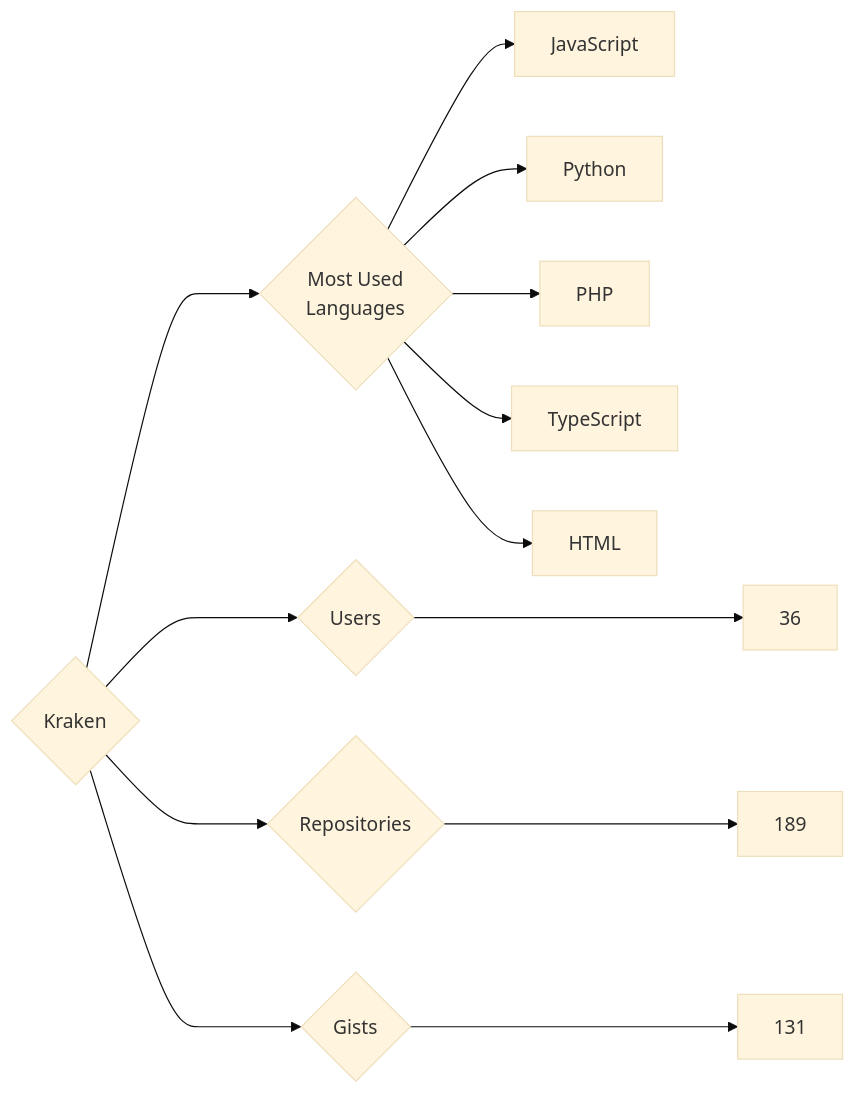
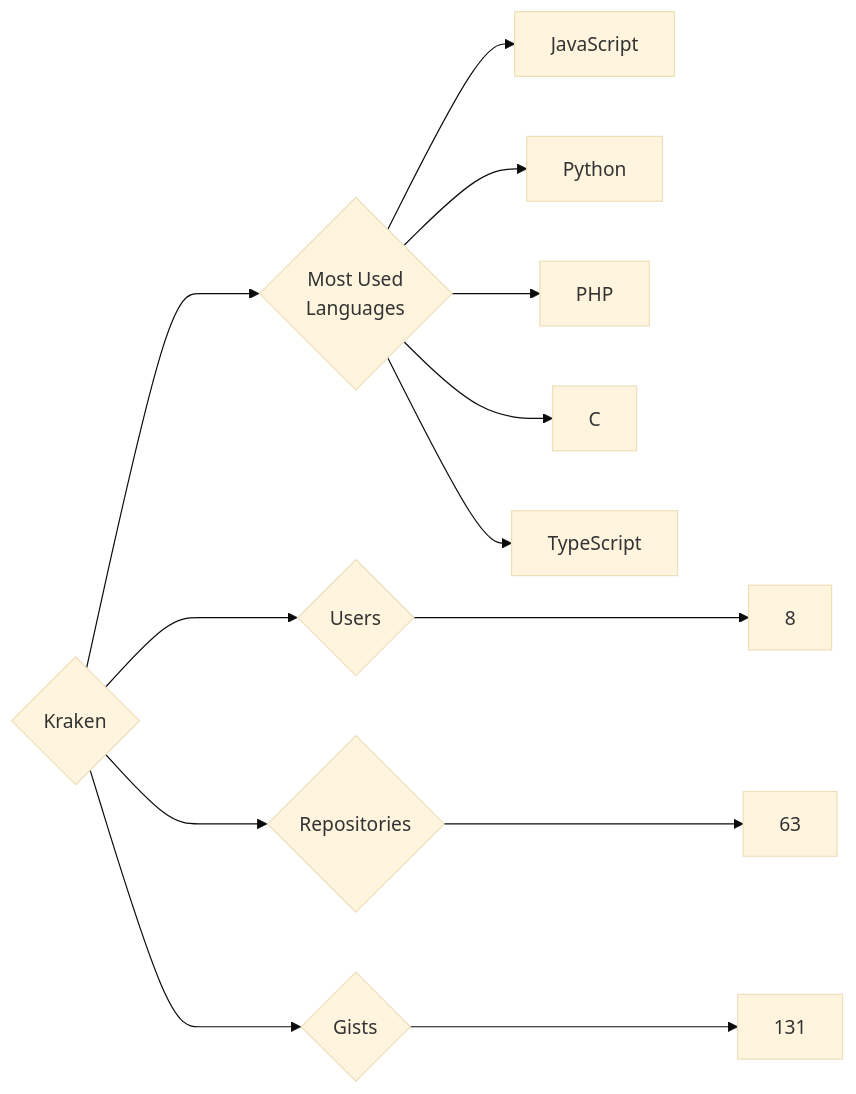
Before and after one commit to trickest/insiders: the diagram in targets/Kraken/README.md, drawn with Mermaid (base theme). The commit also changed 874 other files, not shown here.

````diff
--- a/targets/Kraken/README.md
+++ b/targets/Kraken/README.md
@@ -3,13 +3,13 @@
 ```mermaid
 graph LR
 COMPANY_NAME{Kraken}
-COMPANY_NAME ---> U{Users} ---> UN[36]
-COMPANY_NAME ---> R{Repositories} ---> RN[189]
+COMPANY_NAME ---> U{Users} ---> UN[8]
+COMPANY_NAME ---> R{Repositories} ---> RN[63]
 COMPANY_NAME ---> G{Gists} ---> GN[131]
 COMPANY_NAME ---> ML{Most Used<br>Languages}
 ML --> JavaScript[JavaScript]
 ML --> Python[Python]
 ML --> PHP[PHP]
+ML --> C[C]
 ML --> TypeScript[TypeScript]
-ML --> HTML[HTML]
 ```
````
